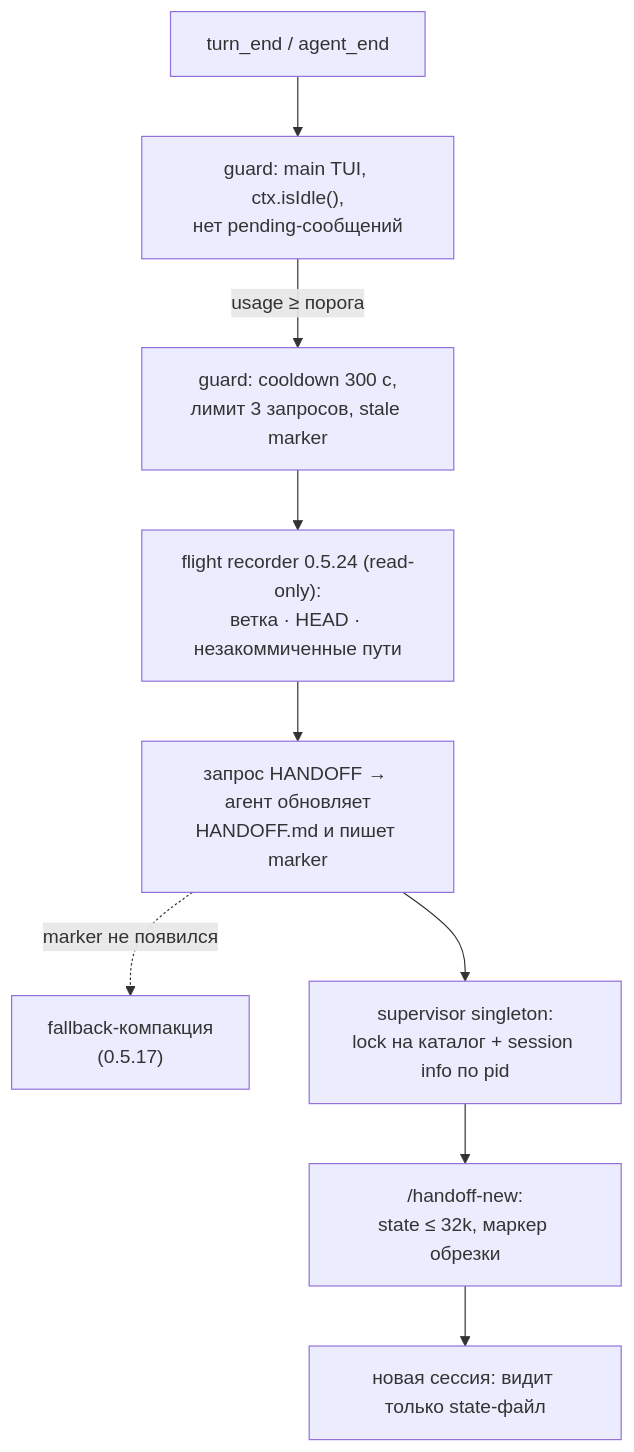
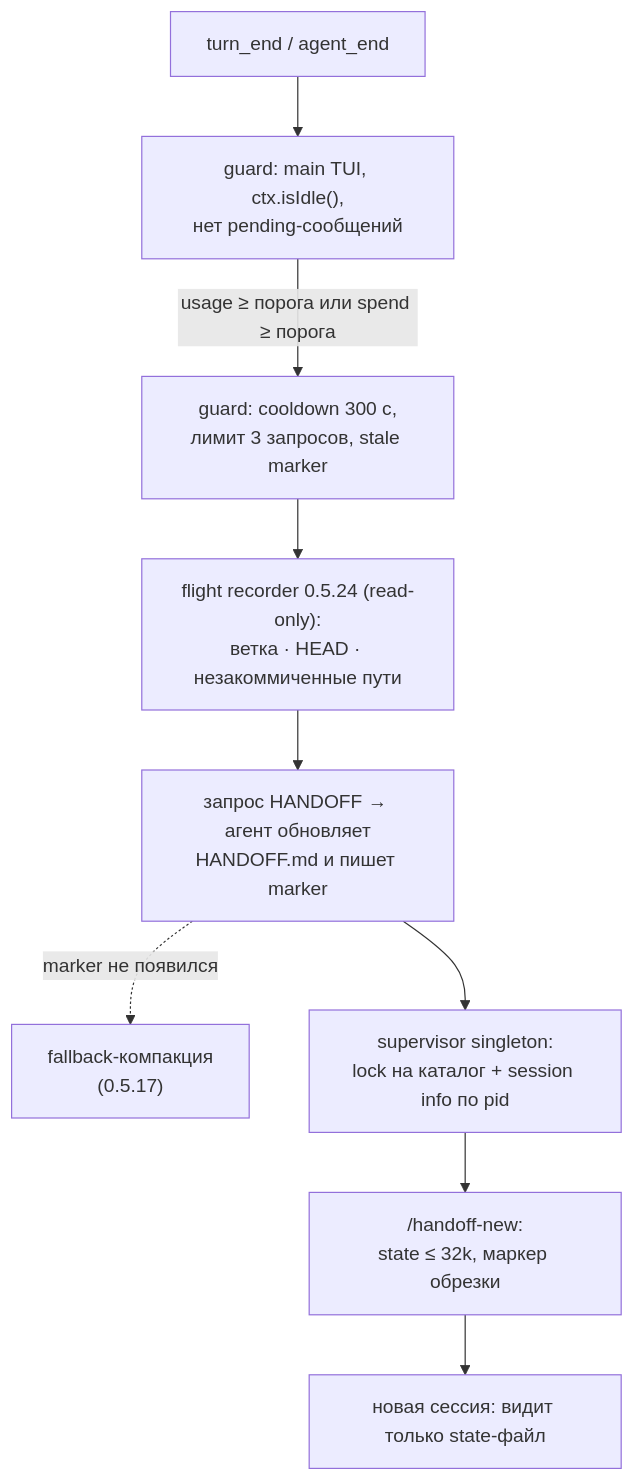
Before and after one commit to metapeka/omp-agent-workflow: the diagram in docs/guards.md, drawn with Mermaid. The commit also changed other lines of this file and 12 other files, not shown here.

````diff
--- a/docs/guards.md
+++ b/docs/guards.md
@@ -21,11 +21,11 @@
 ```mermaid
 flowchart TD
   T["turn_end / agent_end"] --> G1["guard: main TUI, ctx.isIdle(),<br/>нет pending-сообщений"]
-  G1 -->|"usage ≥ порога"| G2["guard: cooldown 300 с,<br/>лимит 3 запросов, stale marker"]
+  G1 -->|"usage ≥ порога или spend ≥ порога"| G2["guard: cooldown 300 с,<br/>лимит 3 запросов, stale marker"]
   G2 --> FR["flight recorder 0.5.24 (read-only):<br/>ветка · HEAD · незакоммиченные пути"]
   FR --> REQ["запрос HANDOFF → агент обновляет<br/>HANDOFF.md и пишет marker"]
   REQ -.->|"marker не появился"| FB["fallback-компакция<br/>(0.5.17)"]
   REQ --> SUP["supervisor singleton:<br/>lock на каталог + session info по pid"]
   SUP --> NEW["/handoff-new:<br/>state ≤ 32k, маркер обрезки"]
   NEW --> SES["новая сессия: видит только state-файл"]
 ```
````
